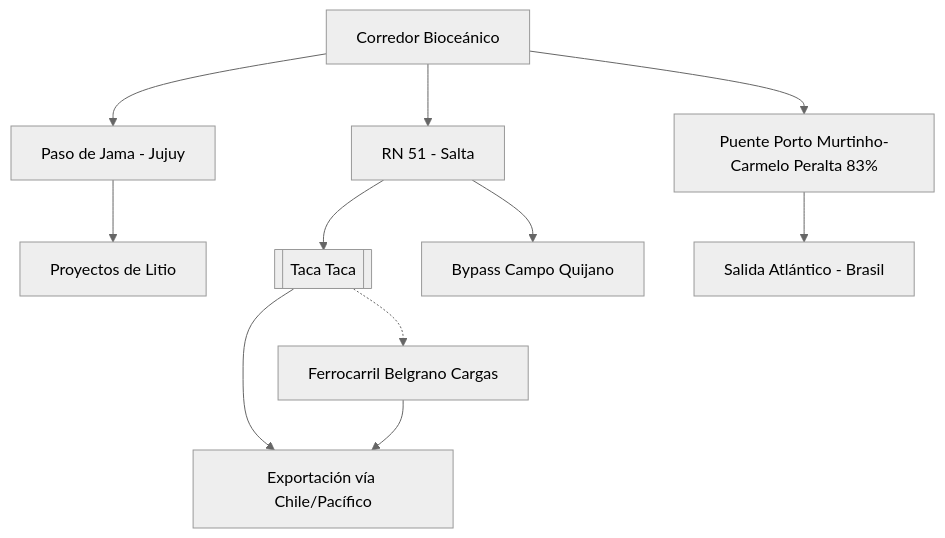
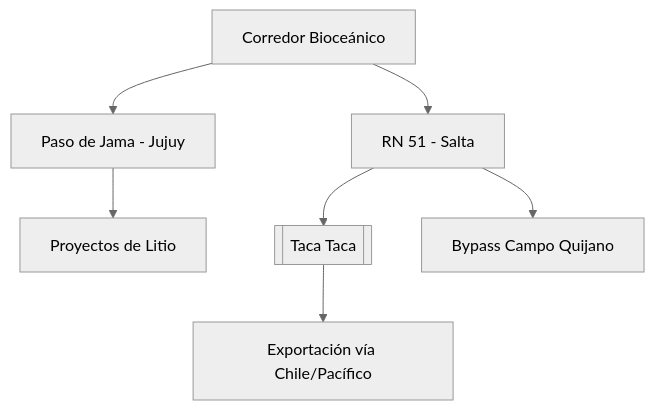
The diagram in wiki/02 Frameworks/Corredor Bioceanico.md (GustavoDago/argentina-mining-vault), drawn with Mermaid (neutral theme) before and after one commit. The commit also changed other lines of this file and 100 other files, not shown here.

````diff
--- a/wiki/02 Frameworks/Corredor Bioceanico.md
+++ b/wiki/02 Frameworks/Corredor Bioceanico.md
@@ -50,13 +35,9 @@
 ```mermaid
 graph TD
     A[Corredor Bioceánico] --> B[Paso de Jama - Jujuy]
     A --> C[RN 51 - Salta]
-    A --> P[Puente Porto Murtinho-Carmelo Peralta 83%]
-    P --> At[Salida Atlántico - Brasil]
     C --> D[[Taca Taca]]
     D --> E[Exportación vía Chile/Pacífico]
     B --> F[Proyectos de Litio]
     C --> G[Bypass Campo Quijano]
-    D -.-> H[Ferrocarril Belgrano Cargas]
-    H --> E
 ```
````
